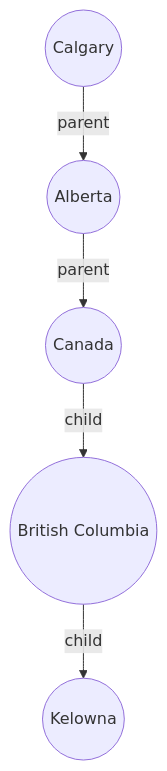
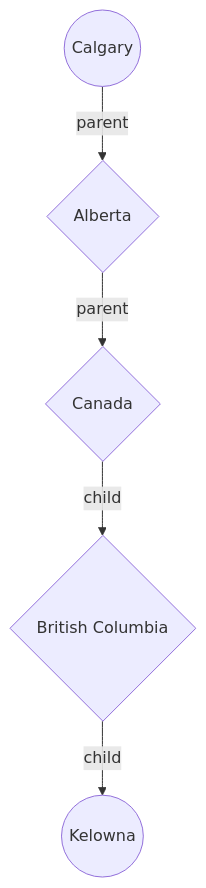
Before and after one commit to Schulich-Ignite/website: the fifth of 13 diagrams in content/blog/Taxonomical Ordering.md, drawn with Mermaid. The commit also changed other lines of this file and 1 other file, not shown here.

```diff
--- a/content/blog/Taxonomical Ordering.md
+++ b/content/blog/Taxonomical Ordering.md
@@ -85,9 +93,9 @@
 <pre class="mermaid">
 flowchart TD
-    a((Canada)) & b((Alberta)) & c((Calgary)) & d((British Columbia)) & e((Kelowna))
+    a{Canada} & b{Alberta} & c((Calgary)) & d{British Columbia} & e((Kelowna))
 
     c --parent--> b
     b --parent--> a
     d --child--> e
     a --child--> d
 </pre>
```
